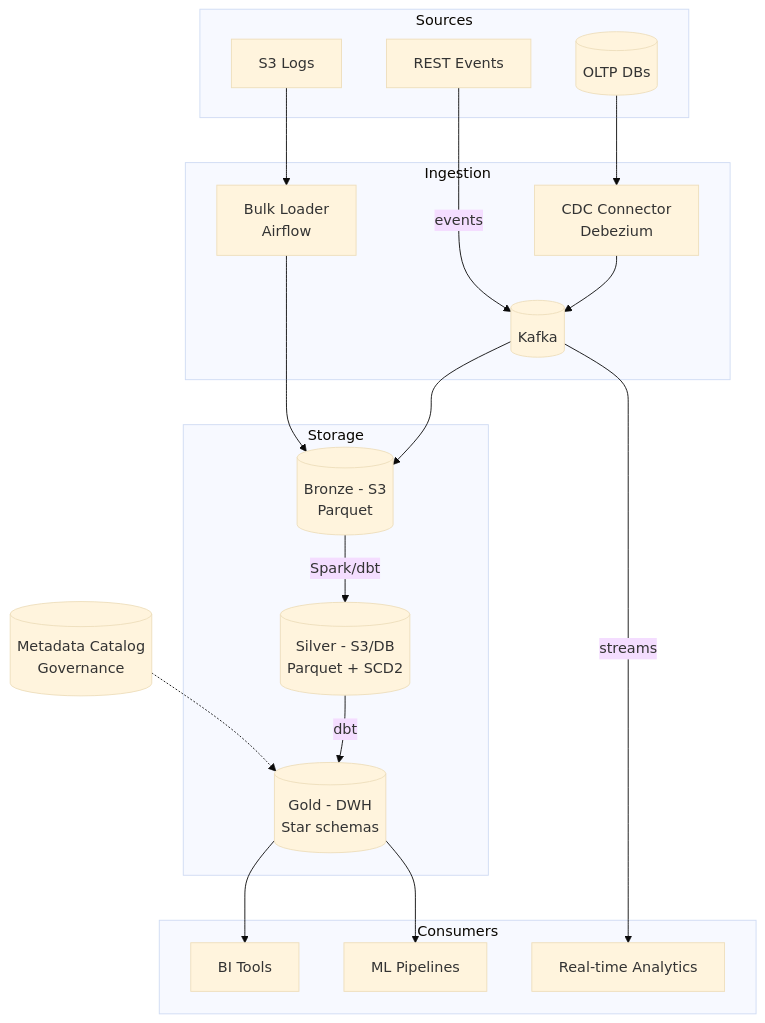
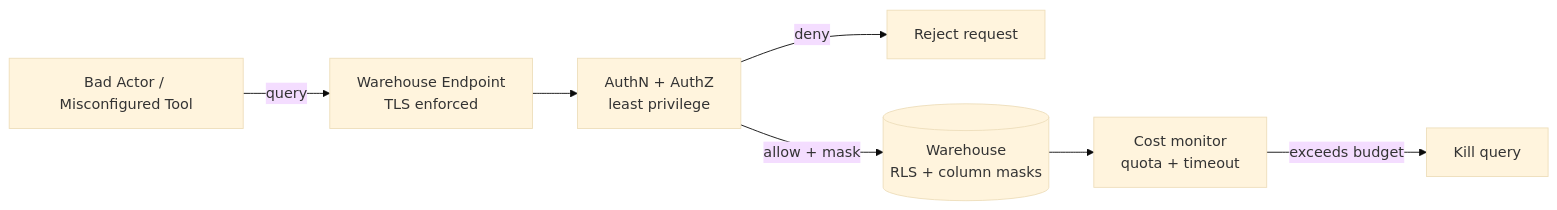
Diagram 14 of 15 in docs/system-design/high-level/designing/advanced/data-warehouse.md (abhishekghoshh/system-design-helper), drawn with Mermaid (base theme) before and after one commit. The commit also changed other lines of this file and 107 other files, not shown here.

````diff
--- a/docs/system-design/high-level/designing/advanced/data-warehouse.md
+++ b/docs/system-design/high-level/designing/advanced/data-warehouse.md
@@ -292,34 +700,9 @@
 ```mermaid
-flowchart TB
-    subgraph Sources
-        OLTP[(OLTP DBs)]
-        API[REST Events]
-        FILES[S3 Logs]
-    end
-    subgraph Ingestion
-        CDC[CDC Connector<br/>Debezium]
-        BATCH[Bulk Loader<br/>Airflow]
-        KAFKA[(Kafka)]
-    end
-    subgraph Storage
-        RAW[(Bronze - S3<br/>Parquet)]
-        CLEAN[(Silver - S3/DB<br/>Parquet + SCD2)]
-        MARTS[(Gold - DWH<br/>Star schemas)]
-    end
-    subgraph Consumers
-        BI[BI Tools]
-        ML[ML Pipelines]
-        STREAM[Real-time Analytics]
-    end
-    OLTP --> CDC --> KAFKA
-    API -->|events| KAFKA
-    FILES --> BATCH
-    KAFKA --> RAW
-    BATCH --> RAW
-    RAW -->|Spark/dbt| CLEAN
-    CLEAN -->|dbt| MARTS
-    MARTS --> BI
-    MARTS --> ML
-    KAFKA -->|streams| STREAM
-    META[(Metadata Catalog<br/>Governance)] -.-> MARTS
+flowchart LR
+    Attacker[Bad Actor / Misconfigured Tool] --> |query| LB[Warehouse Endpoint<br/>TLS enforced]
+    LB --> AUTH[AuthN + AuthZ<br/>least privilege]
+    AUTH --> |deny| DENY[Reject request]
+    AUTH --> |allow + mask| WH[("Warehouse<br/>RLS + column masks")]
+    WH --> COST[Cost monitor<br/>quota + timeout]
+    COST --> |exceeds budget| KILL[Kill query]
 ```
````
